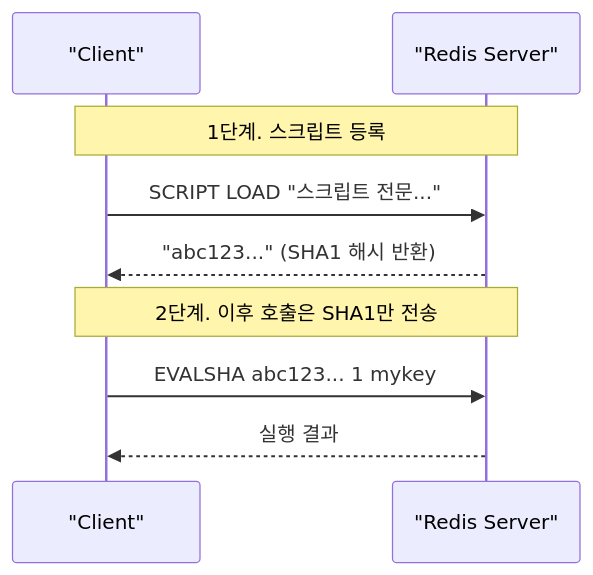
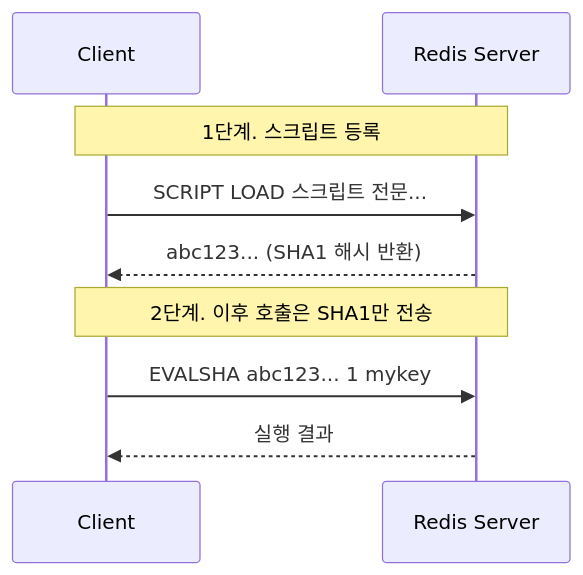
One commit to yjkim2015/yjkim2015.github.io changed the second of 2 diagrams in _posts/redis/2026-05-01-redis-lua-script.md. Above: the diagram before and after it, drawn with Mermaid. The commit also changed other lines of this file and 60 other files, not shown here.

First line of the commit message:
sequenceDiagram 문법 에러 수정 92개

````diff
--- a/_posts/redis/2026-05-01-redis-lua-script.md
+++ b/_posts/redis/2026-05-01-redis-lua-script.md
@@ -89,11 +89,11 @@
 ```mermaid
 sequenceDiagram
-    participant C as "Client"
-    participant R as "Redis Server"
+    participant C as Client
+    participant R as Redis Server
     Note over C,R: 1단계. 스크립트 등록
-    C->>R: SCRIPT LOAD "스크립트 전문..."
-    R-->>C: "abc123..." (SHA1 해시 반환)
+    C->>R: SCRIPT LOAD 스크립트 전문...
+    R-->>C: abc123... (SHA1 해시 반환)
     Note over C,R: 2단계. 이후 호출은 SHA1만 전송
     C->>R: EVALSHA abc123... 1 mykey
     R-->>C: 실행 결과
 ```
````
